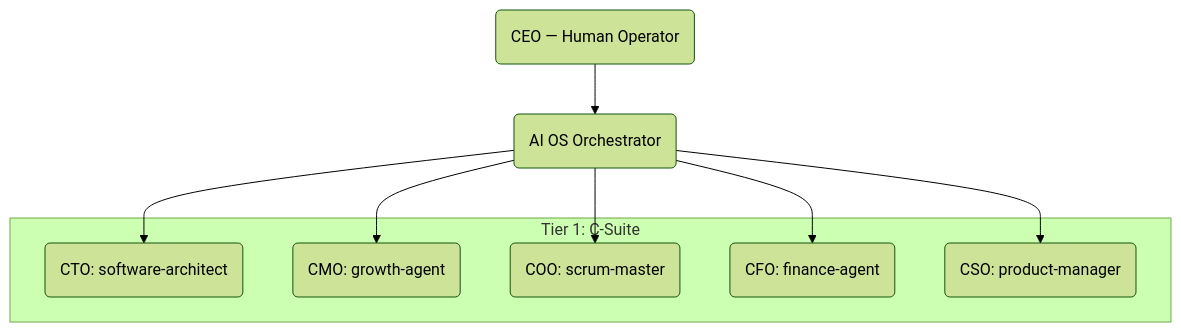
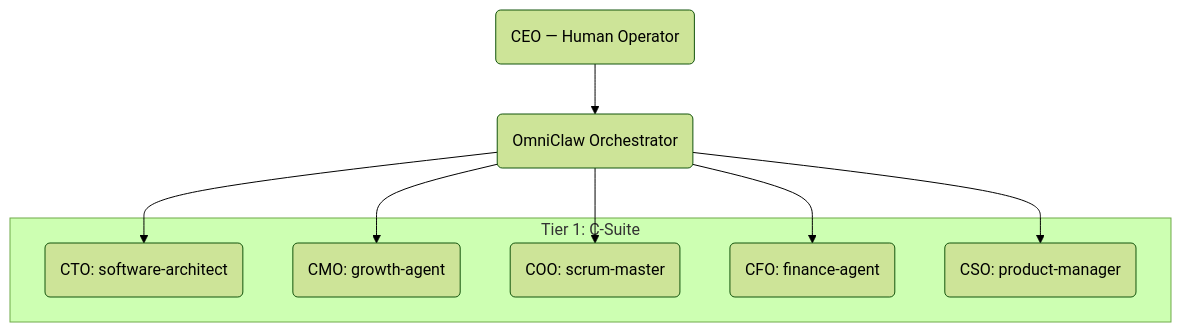
One commit to LongLeo287/OmniClaw changed the diagram in brain/corp/MASTER_INDEX.md. Above: the diagram before and after it, drawn with Mermaid (forest theme). The commit also changed other lines of this file and 1836 other files, not shown here.

````diff
--- a/brain/corp/MASTER_INDEX.md
+++ b/brain/corp/MASTER_INDEX.md
@@ -14,16 +16,16 @@
 ```mermaid
 graph TD
     CEO(CEO — Human Operator)
-    AOS(AI OS Orchestrator)
+    omniclaw(OmniClaw Orchestrator)
     
     subgraph Executives [Tier 1: C-Suite]
         CTO(CTO: software-architect)
         CMO(CMO: growth-agent)
         COO(COO: scrum-master)
         CFO(CFO: finance-agent)
         CSO(CSO: product-manager)
     end
 
-    CEO --> AOS
-    AOS --> CTO & CMO & COO & CFO & CSO
+    CEO --> omniclaw
+    omniclaw --> CTO & CMO & COO & CFO & CSO
 ```
````
